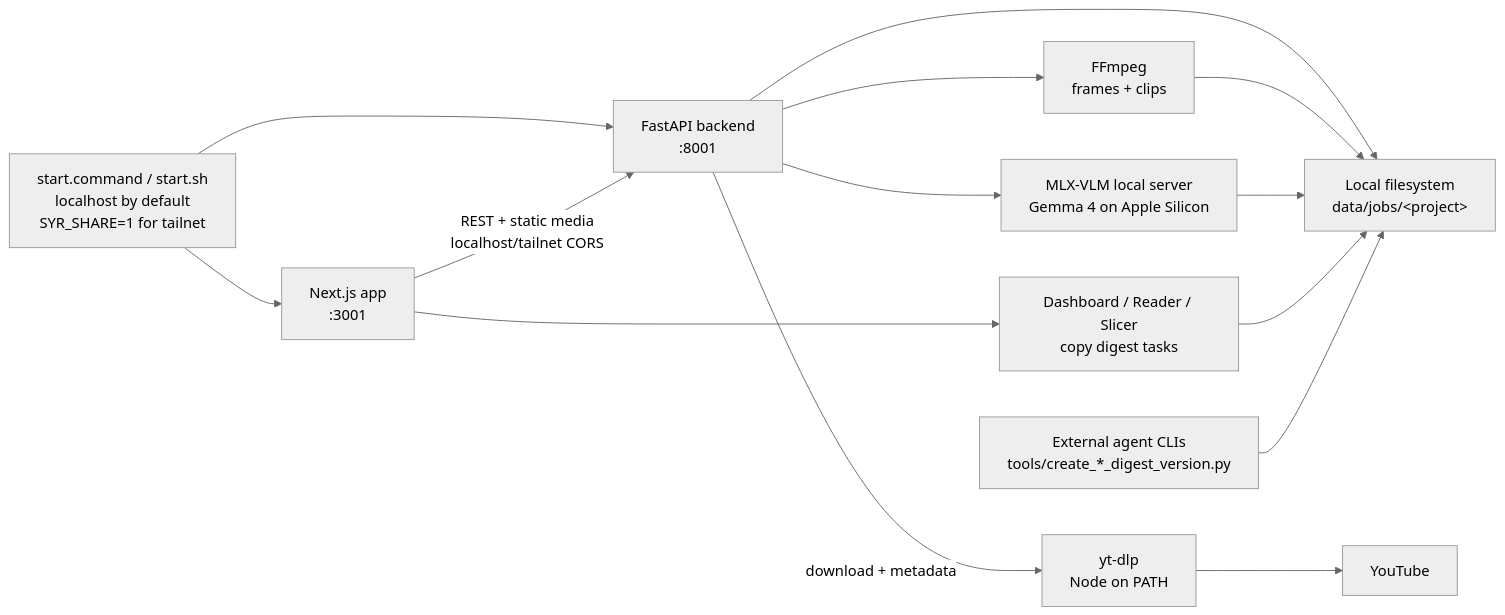
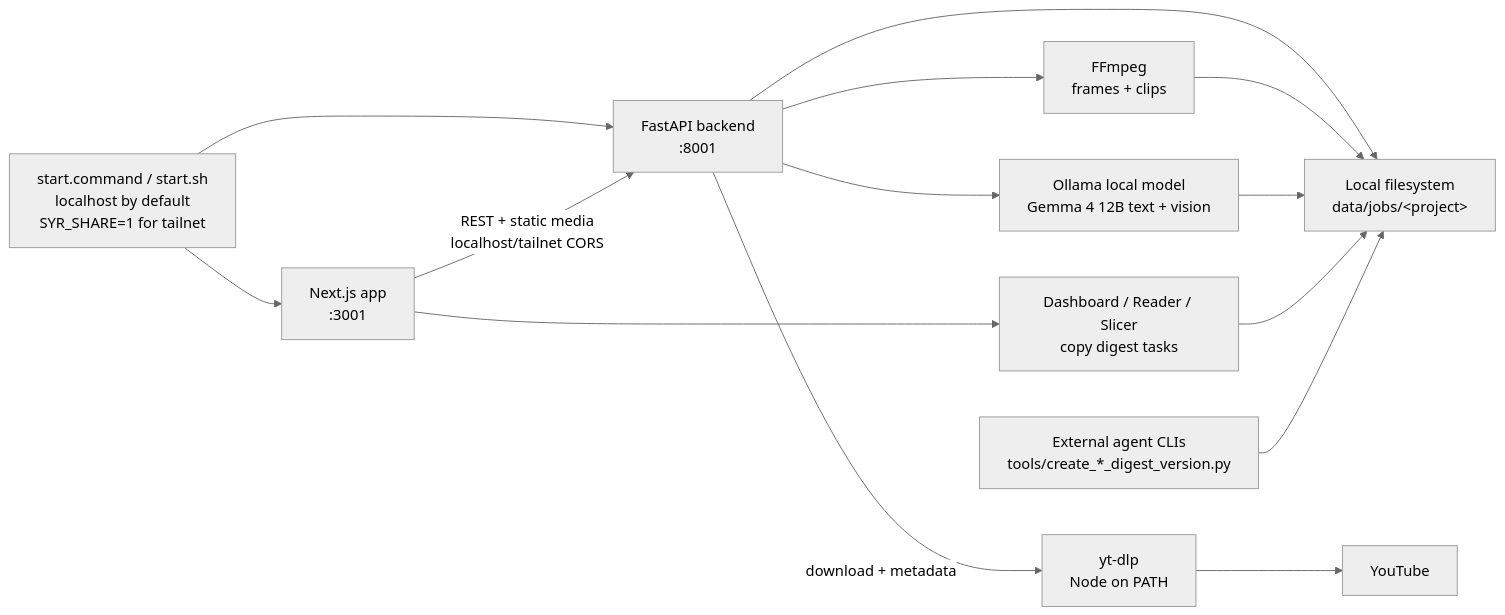
One commit to ehukaimedia/smart-youtube-reader changed the diagram in README.md. Above: the diagram before and after it, drawn with Mermaid (neutral theme). The commit also changed other lines of this file and 27 other files, not shown here.

````diff
--- a/README.md
+++ b/README.md
@@ -43,16 +43,16 @@
 ```mermaid
 flowchart LR
     Launch["start.command / start.sh<br/>localhost by default<br/>SYR_SHARE=1 for tailnet"] --> FE["Next.js app<br/>:3001"]
     Launch --> API["FastAPI backend<br/>:8001"]
     FE -->|"REST + static media<br/>localhost/tailnet CORS"| API
     API --> Jobs["Local filesystem<br/>data/jobs/&lt;project&gt;"]
     API -->|"download + metadata"| YTDLP["yt-dlp<br/>Node on PATH"]
     YTDLP --> YouTube["YouTube"]
     API --> FFmpeg["FFmpeg<br/>frames + clips"]
     FFmpeg --> Jobs
-    API --> MLX["MLX-VLM local server<br/>Gemma 4 on Apple Silicon"]
-    MLX --> Jobs
+    API --> Ollama["Ollama local model<br/>Gemma 4 12B text + vision"]
+    Ollama --> Jobs
     FE --> Reader["Dashboard / Reader / Slicer<br/>copy digest tasks"]
     Reader --> Jobs
     Tools["External agent CLIs<br/>tools/create_*_digest_version.py"] --> Jobs
 ```
````
